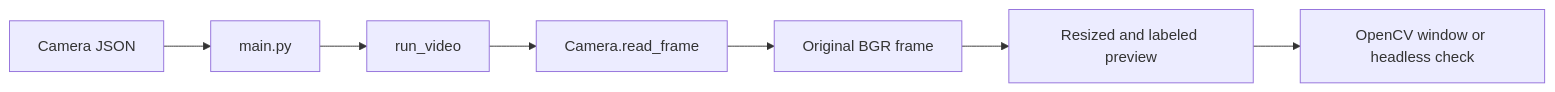
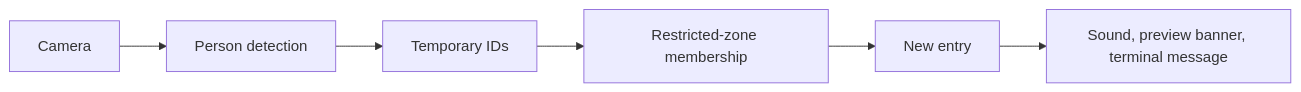
One commit to Johaan-Liju/trace2.0 changed the diagram in docs/BUILD_GUIDE.md. Above: the diagram before and after it, drawn with Mermaid. The commit also changed other lines of this file and 57 other files, not shown here.

Commit message:
intruder detection alert

````diff
--- a/docs/BUILD_GUIDE.md
+++ b/docs/BUILD_GUIDE.md
@@ -9,9 +29,8 @@
 ```mermaid
 flowchart LR
-    Config[Camera JSON] --> Main[main.py]
-    Main --> Worker[run_video]
-    Worker --> Camera[Camera.read_frame]
-    Camera --> Frame[Original BGR frame]
-    Frame --> Preview[Resized and labeled preview]
-    Preview --> Screen[OpenCV window or headless check]
+    Camera[Camera] --> YOLO[Person detection]
+    YOLO --> Tracker[Temporary IDs]
+    Tracker --> Zones[Restricted-zone membership]
+    Zones --> Entry[New entry]
+    Entry --> Alert[Sound, preview banner, terminal message]
 ```
````
